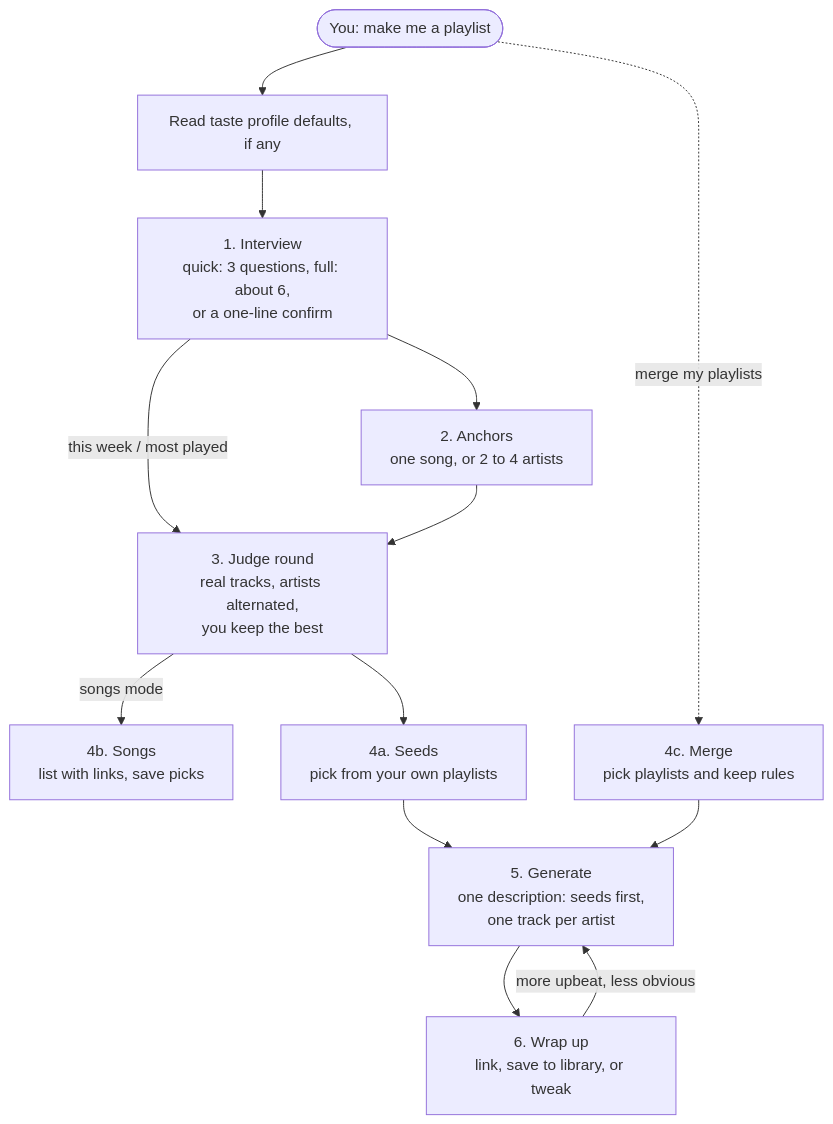
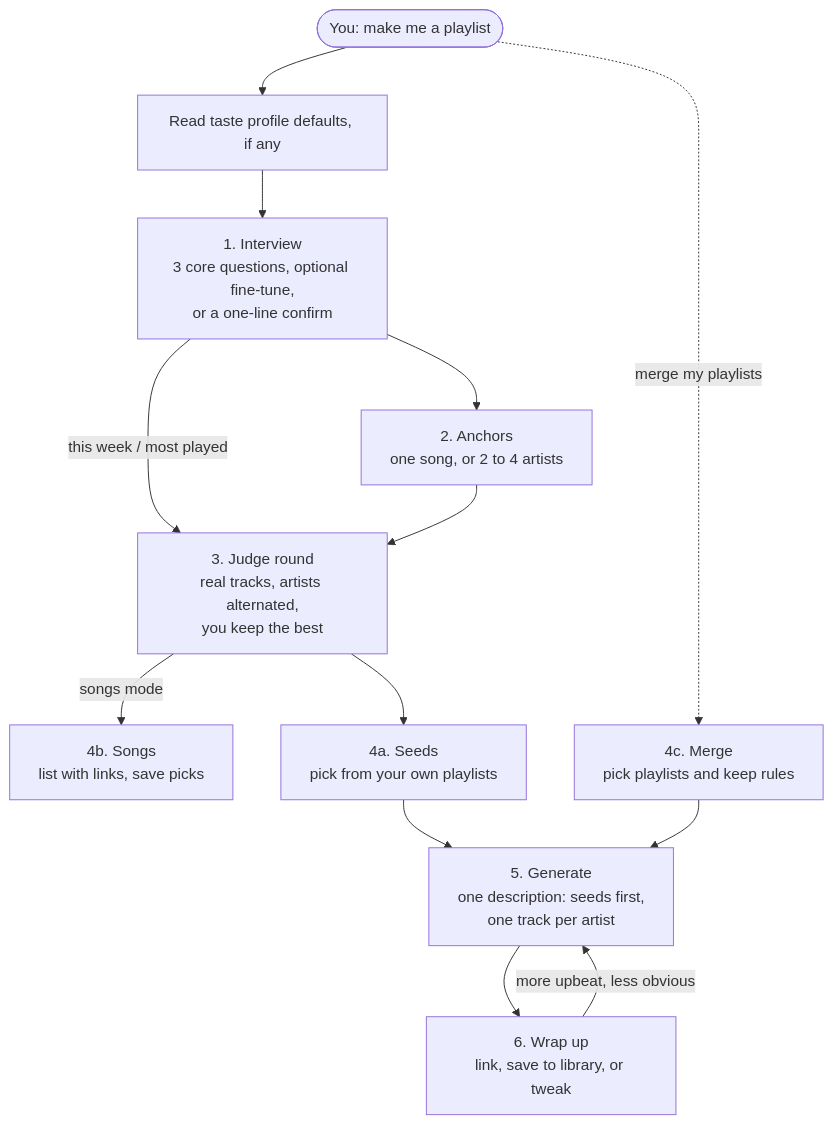
One commit to Tiebe-Vaes/playlist-builder-for-spotify changed the diagram in README.md. Above: the diagram before and after it, drawn with Mermaid. The commit also changed other lines of this file and 15 other files, not shown here.

Commit message:
feat(skill): fine-tune round, adventure, songs per artist and leave out

````diff
--- a/README.md
+++ b/README.md
@@ -18,15 +18,15 @@
 ```mermaid
 flowchart TD
     A([You: make me a playlist]) --> T[Read taste profile defaults, if any]
-    T --> I[1. Interview<br/>quick: 3 questions, full: about 6,<br/>or a one-line confirm]
+    T --> I[1. Interview<br/>3 core questions, optional fine-tune,<br/>or a one-line confirm]
     I --> N[2. Anchors<br/>one song, or 2 to 4 artists]
     I -- this week / most played --> J
     N --> J[3. Judge round<br/>real tracks, artists alternated,<br/>you keep the best]
     J -- songs mode --> L[4b. Songs<br/>list with links, save picks]
     J --> S[4a. Seeds<br/>pick from your own playlists]
     A -. merge my playlists .-> M[4c. Merge<br/>pick playlists and keep rules]
     S --> G[5. Generate<br/>one description: seeds first,<br/>one track per artist]
     M --> G
     G --> W[6. Wrap up<br/>link, save to library, or tweak]
     W -- more upbeat, less obvious --> G
 ```
````
